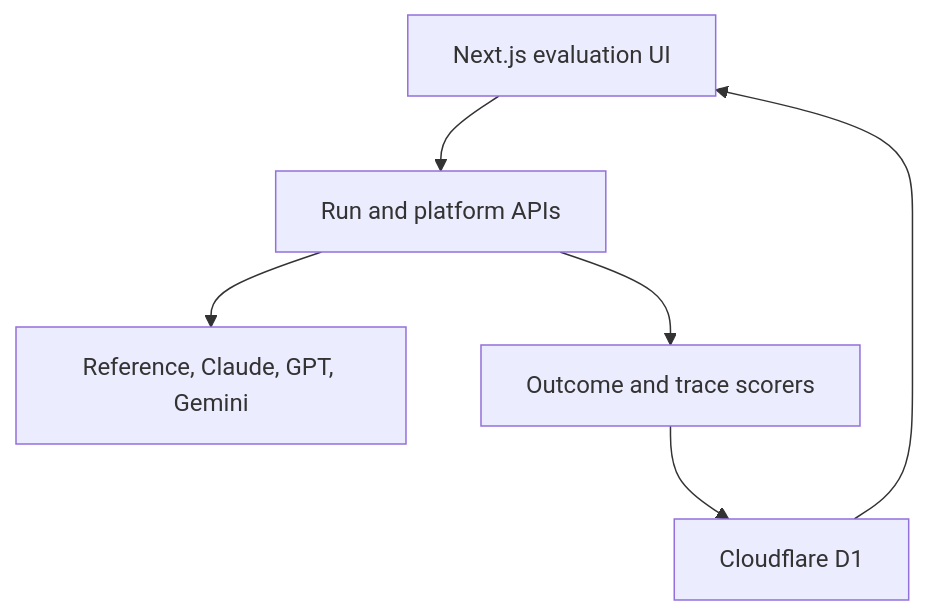
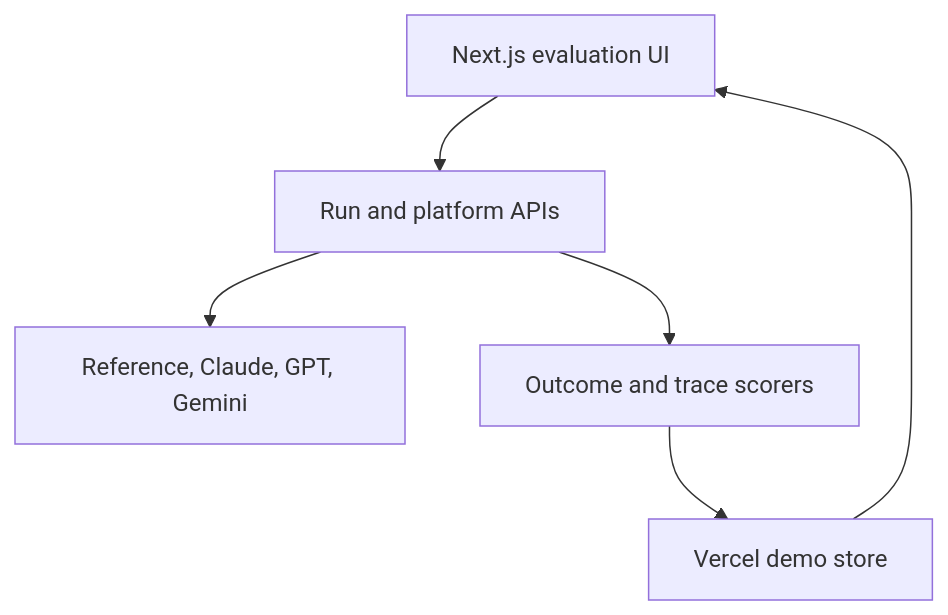
The second of 2 diagrams in README.md (raamnandhakumar-eng/OutcomeTrace-AI-Agent-Evaluation-and-Reliability-Platform), drawn with Mermaid before and after one commit. The commit also changed other lines of this file and 28 other files, not shown here.

````diff
--- a/README.md
+++ b/README.md
@@ -123,8 +123,8 @@
 ```mermaid
 flowchart TD
     UI["Next.js evaluation UI"] --> API["Run and platform APIs"]
     API --> MODELS["Reference, Claude, GPT, Gemini"]
     API --> SCORER["Outcome and trace scorers"]
-    SCORER --> DB["Cloudflare D1"]
-    DB --> UI
+    SCORER --> STORE["Vercel demo store"]
+    STORE --> UI
 ```
````
